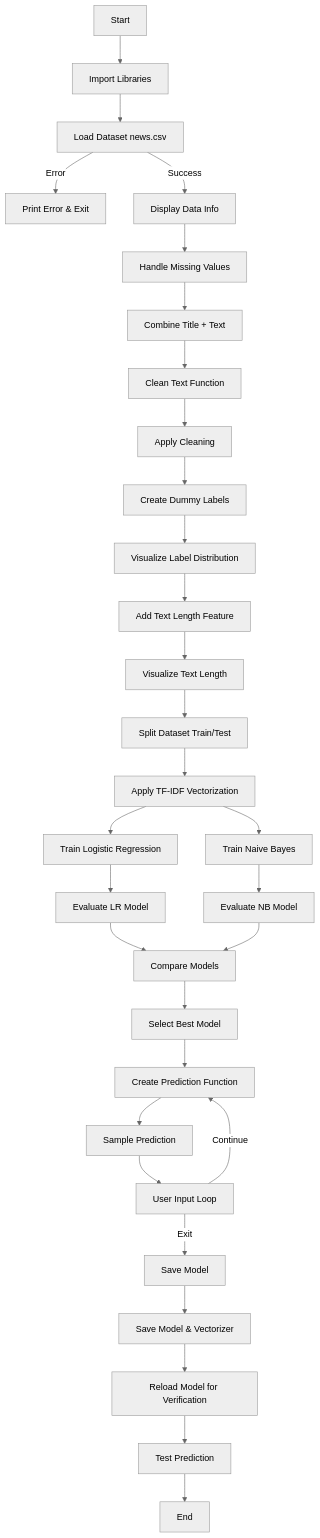
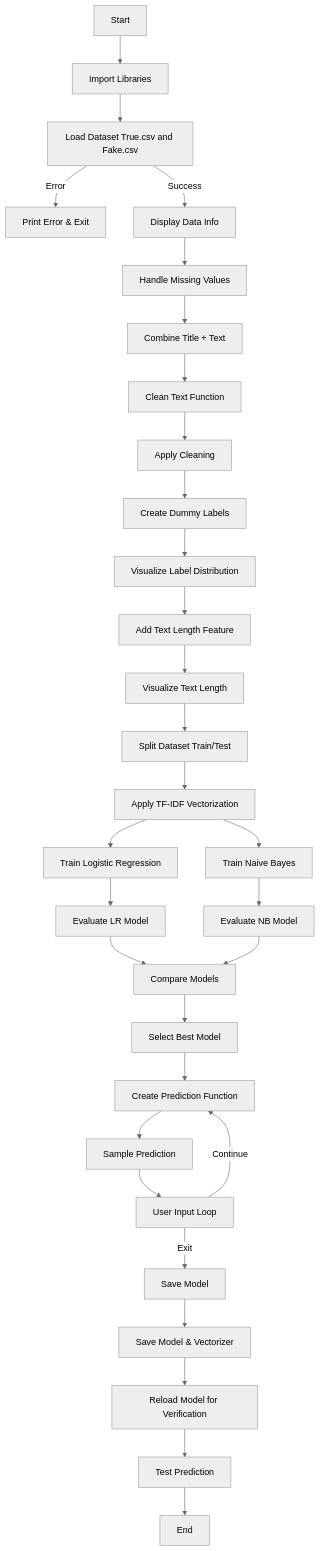
Before and after one commit to mohit25bai11342-gif/Fake-news-detection-system: the diagram in README.md, drawn with Mermaid (neutral theme). The commit also changed other lines of this file, not shown here.

````diff
--- a/README.md
+++ b/README.md
@@ -142,51 +142,51 @@
 ```mermaid
 flowchart TD
 
 A[Start] --> B[Import Libraries]
 
-B --> C[Load Dataset news.csv]
+B --> C[Load Dataset True.csv and Fake.csv]
 C -->|Error| D[Print Error & Exit]
 C -->|Success| E[Display Data Info]
 
 E --> F[Handle Missing Values]
 F --> G[Combine Title + Text]
 
 G --> H[Clean Text Function]
 H --> I[Apply Cleaning]
 
 I --> J[Create Dummy Labels]
 J --> K[Visualize Label Distribution]
 
 K --> L[Add Text Length Feature]
 L --> M[Visualize Text Length]
 
 M --> N[Split Dataset Train/Test]
 
 N --> O[Apply TF-IDF Vectorization]
 
 O --> P[Train Logistic Regression]
 P --> Q[Evaluate LR Model]
 
 O --> R[Train Naive Bayes]
 R --> S[Evaluate NB Model]
 
 Q --> T[Compare Models]
 S --> T
 
 T --> U[Select Best Model]
 
 U --> V[Create Prediction Function]
 
 V --> W[Sample Prediction]
 
 W --> X[User Input Loop]
 X -->|Exit| Y[Save Model]
 X -->|Continue| V
 
 Y --> Z[Save Model & Vectorizer]
 
 Z --> AA[Reload Model for Verification]
 AA --> AB[Test Prediction]
 
 AB --> AC[End]
 ```
````
